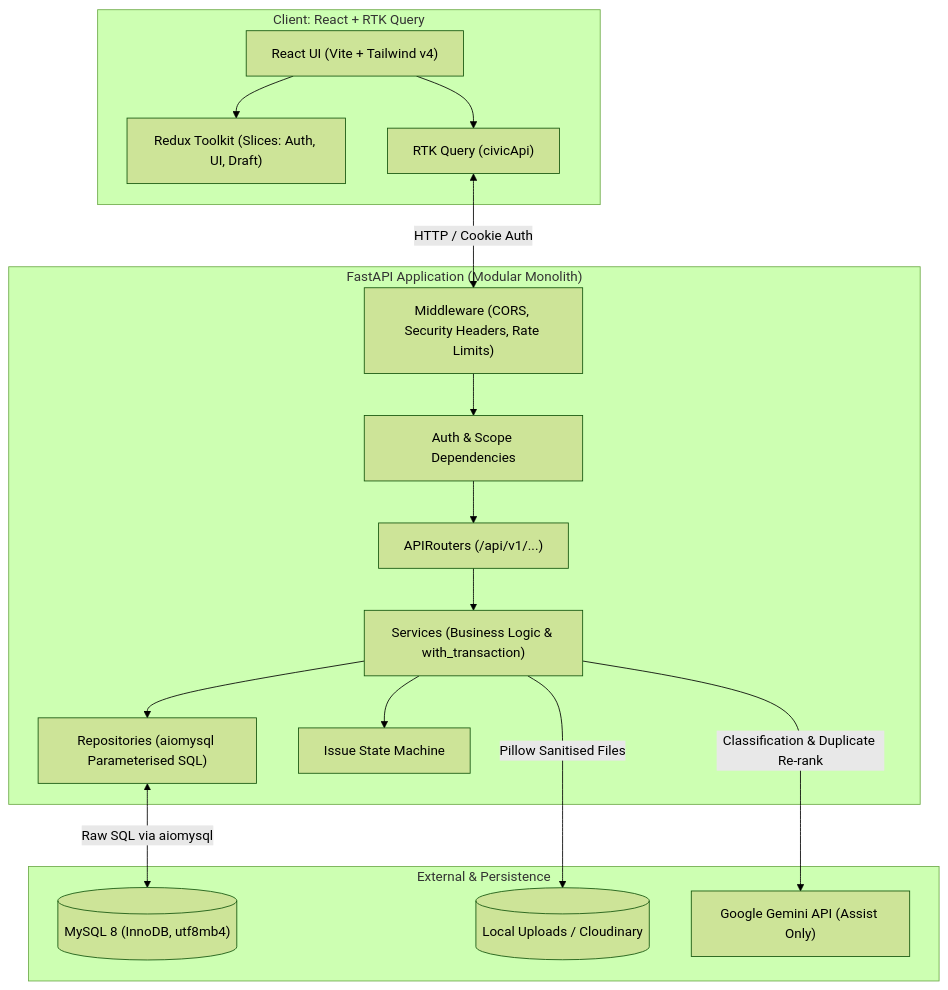
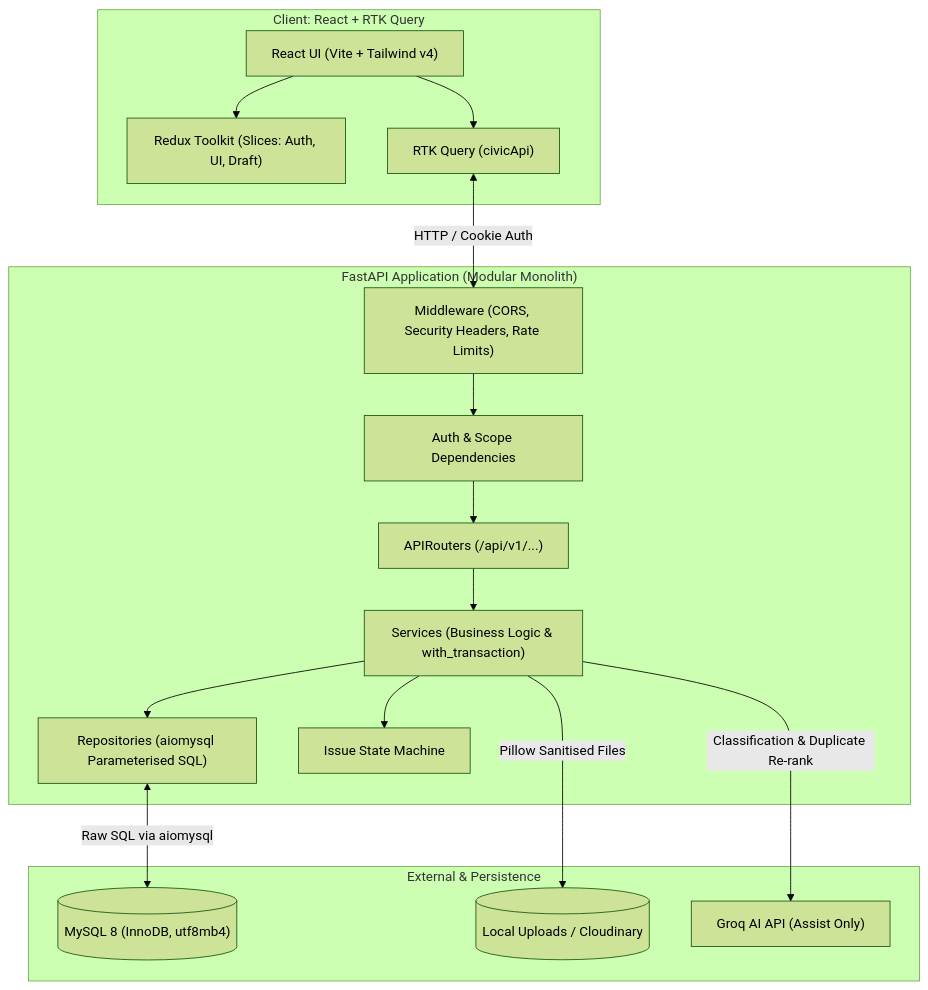
Before and after one commit to adisxix/Civic-Fix: the first of 2 diagrams in docs/ARCHITECTURE.md, drawn with Mermaid (forest theme). The commit also changed other lines of this file and 17 other files, not shown here.

Commit message:
feat: replace Gemini with Groq AI across entire stack, specs, docs and frontend

````diff
--- a/docs/ARCHITECTURE.md
+++ b/docs/ARCHITECTURE.md
@@ -12,34 +12,34 @@
 ```mermaid
 flowchart TD
     subgraph Browser ["Client: React + RTK Query"]
         UI["React UI (Vite + Tailwind v4)"]
         Redux["Redux Toolkit (Slices: Auth, UI, Draft)"]
         RTKQ["RTK Query (civicApi)"]
         UI --> Redux
         UI --> RTKQ
     end
 
     subgraph Backend ["FastAPI Application (Modular Monolith)"]
         MW["Middleware (CORS, Security Headers, Rate Limits)"]
         AuthDep["Auth & Scope Dependencies"]
         Router["APIRouters (/api/v1/...)"]
         Service["Services (Business Logic & with_transaction)"]
         Repo["Repositories (aiomysql Parameterised SQL)"]
         StateMach["Issue State Machine"]
 
         MW --> AuthDep --> Router --> Service
         Service --> StateMach
         Service --> Repo
     end
 
     subgraph Storage ["External & Persistence"]
         MySQL[("MySQL 8 (InnoDB, utf8mb4)")]
         Disk[("Local Uploads / Cloudinary")]
-        Gemini["Google Gemini API (Assist Only)"]
+        Groq["Groq AI API (Assist Only)"]
     end
 
     RTKQ <-->|HTTP / Cookie Auth| MW
     Repo <-->|Raw SQL via aiomysql| MySQL
     Service -->|Pillow Sanitised Files| Disk
-    Service -->|Classification & Duplicate Re-rank| Gemini
+    Service -->|Classification & Duplicate Re-rank| Groq
 ```
````
